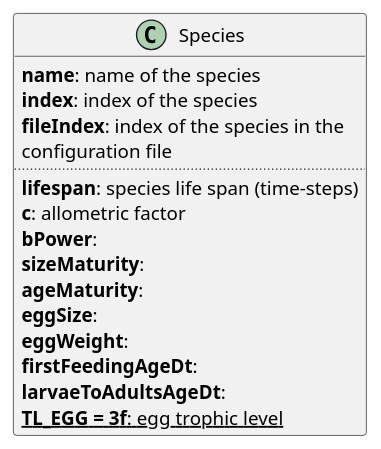
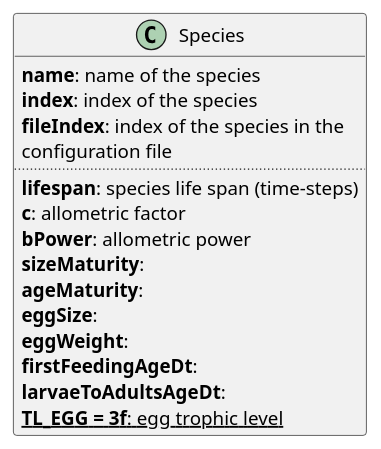
Before and after one commit to osmose-model/osmose: the diagram in doc/odd_des/_static/species.puml, drawn with PlantUML. The commit also changed 3 other files, not shown here.

```diff
--- a/doc/odd_des/_static/species.puml
+++ b/doc/odd_des/_static/species.puml
@@ -1,19 +1,19 @@
 @startuml
 class Species {
   {field} <b>name</b>: name of the species
   {field} <b>index</b>: index of the species
   {field} <b>fileIndex</b>: index of the species in the
   {field} configuration file
   ..
   {field} <b>lifespan</b>: species life span (time-steps)
   {field} <b>c</b>: allometric factor
-  {field} <b>bPower</b>:
+  {field} <b>bPower</b>: allometric power
   {field} <b>sizeMaturity</b>:
   {field} <b>ageMaturity</b>:
   {field} <b>eggSize</b>:
   {field} <b>eggWeight</b>:
   {field} <b>firstFeedingAgeDt</b>:
   {field} <b>larvaeToAdultsAgeDt</b>:
   {static} <b>TL_EGG = 3f</b>: egg trophic level
 }
 @enduml
```
